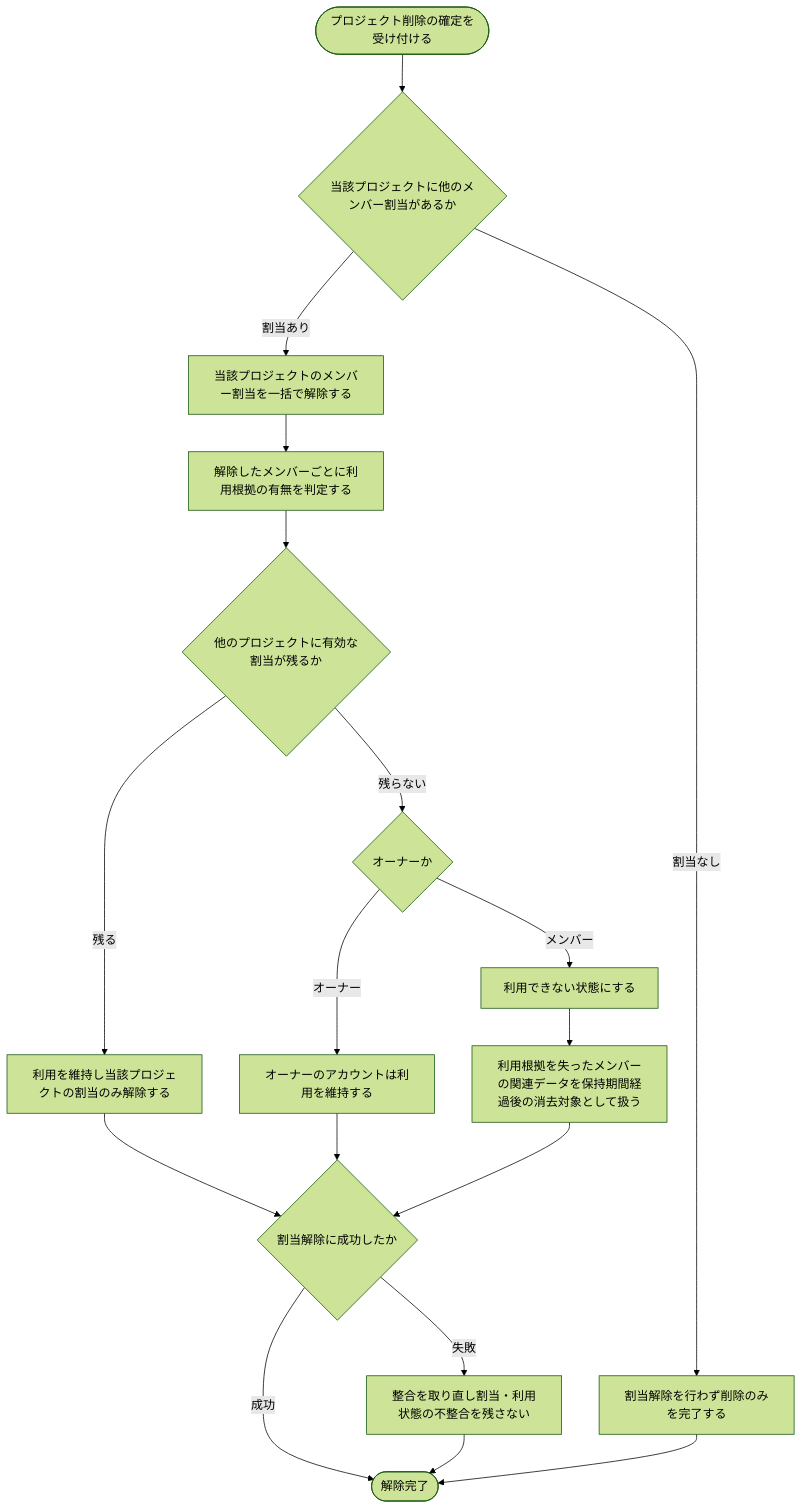
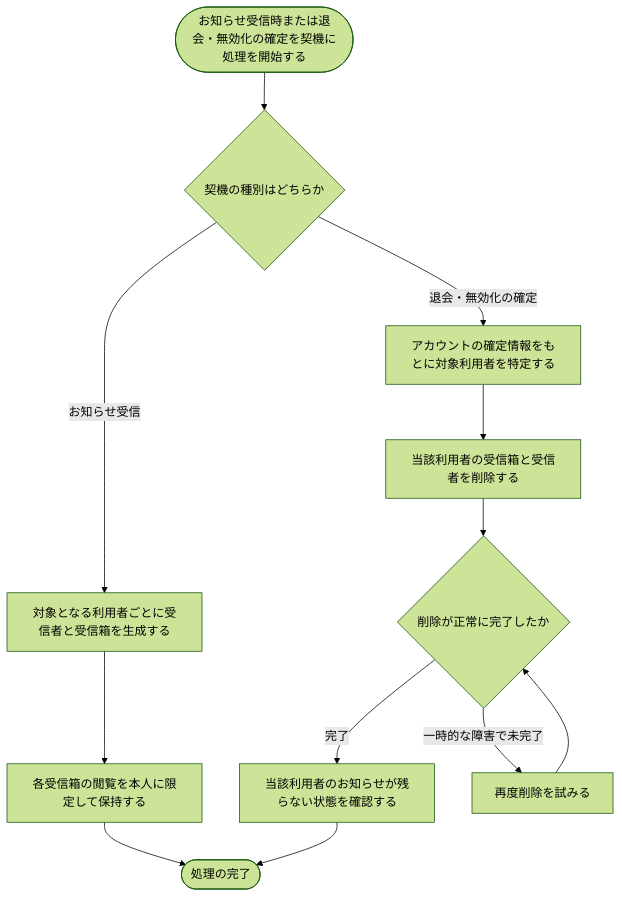
The diagram in 02_basic_design/02_backend/01_system/SYS-012.md (sikakou54/open-faq), drawn with Mermaid (forest theme) before and after one commit. The commit also changed other lines of this file and 395 other files, not shown here.

````diff
--- a/02_basic_design/02_backend/01_system/SYS-012.md
+++ b/02_basic_design/02_backend/01_system/SYS-012.md
@@ -30,20 +28,14 @@
 ```mermaid
 flowchart TB
-  A([プロジェクト削除の確定を受け付ける]) --> B{当該プロジェクトに他のメンバー割当があるか}
-  B -->|割当なし| Y[割当解除を行わず削除のみを完了する]
-  B -->|割当あり| C[当該プロジェクトのメンバー割当を一括で解除する]
-  C --> D[解除したメンバーごとに利用根拠の有無を判定する]
-  D --> E{他のプロジェクトに有効な割当が残るか}
-  E -->|残る| F[利用を維持し当該プロジェクトの割当のみ解除する]
-  E -->|残らない| G{オーナーか}
-  G -->|オーナー| H[オーナーのアカウントは利用を維持する]
-  G -->|メンバー| I[利用できない状態にする]
-  I --> J[利用根拠を失ったメンバーの関連データを保持期間経過後の消去対象として扱う]
-  F --> K{割当解除に成功したか}
-  H --> K
-  J --> K
-  K -->|成功| Z([解除完了])
-  K -->|失敗| L[整合を取り直し割当・利用状態の不整合を残さない]
-  L --> Z
-  Y --> Z
+  A([お知らせ受信時または退会・無効化の確定を契機に処理を開始する]) --> B{契機の種別はどちらか}
+  B -->|お知らせ受信| C[対象となる利用者ごとに受信者と受信箱を生成する]
+  C --> D[各受信箱の閲覧を本人に限定して保持する]
+  D --> Z([処理の完了])
+  B -->|退会・無効化の確定| E[アカウントの確定情報をもとに対象利用者を特定する]
+  E --> F[当該利用者の受信箱と受信者を削除する]
+  F --> G{削除が正常に完了したか}
+  G -->|完了| H[当該利用者のお知らせが残らない状態を確認する]
+  H --> Z
+  G -->|一時的な障害で未完了| I[再度削除を試みる]
+  I --> G
 ```
````
